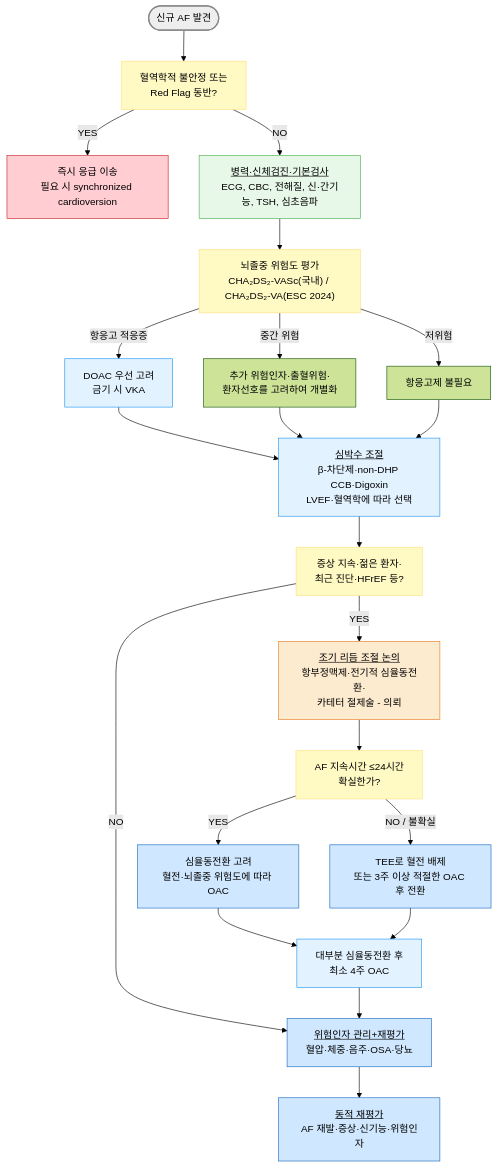
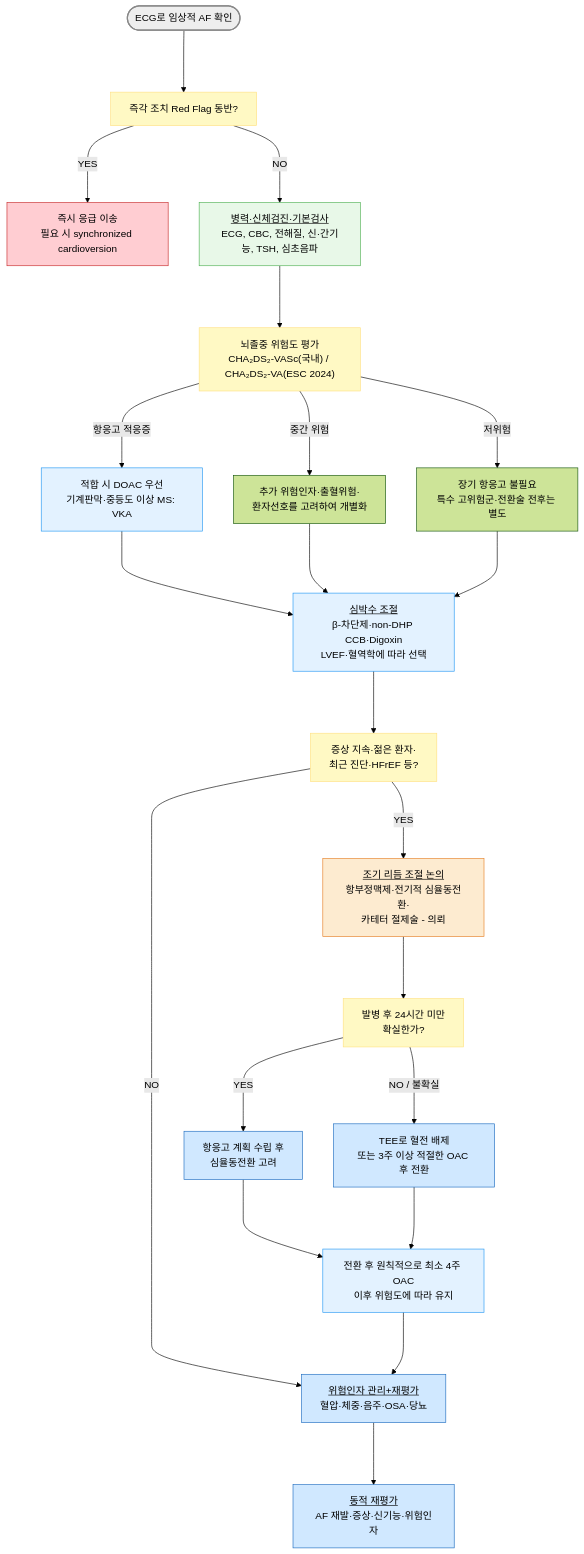
Before and after one commit to familyoh77/familyoh77: the diagram in 225_/099_1-atrial-fibrillation.md, drawn with Mermaid (forest theme). The commit also changed other lines of this file and 3 other files, not shown here.

````diff
--- a/225_/099_1-atrial-fibrillation.md
+++ b/225_/099_1-atrial-fibrillation.md
@@ -98,35 +103,35 @@
 ```mermaid
 graph TD
-    Start(["신규 AF 발견"]) --> Unstable["혈역학적 불안정 또는<br/>Red Flag 동반?"]
-    Unstable -->|YES| Emergency["즉시 응급 이송<br/>필요 시 synchronized cardioversion"]
-    Unstable -->|NO| Workup["<u>병력·신체검진·기본검사</u><br/>ECG, CBC, 전해질, 신·간기능, TSH, 심초음파"]
-    Workup --> Score["뇌졸중 위험도 평가<br/>CHA₂DS₂-VASc(국내) / CHA₂DS₂-VA(ESC 2024)"]
-    Score -->|"저위험"| NoOAC["항응고제 불필요"]
-    Score -->|"항응고 적응증"| OAC["DOAC 우선 고려<br/>금기 시 VKA"]
-    Score -->|"중간 위험"| Consider["추가 위험인자·출혈위험·<br/>환자선호를 고려하여 개별화"]
-    OAC --> Rate["<u>심박수 조절</u><br/>β-차단제·non-DHP CCB·Digoxin<br/>LVEF·혈역학에 따라 선택"]
-    Consider --> Rate
-    NoOAC --> Rate
-    Rate --> RhythmQ["증상 지속·젊은 환자·<br/>최근 진단·HFrEF 등?"]
-    RhythmQ -->|YES| Rhythm["<u>조기 리듬 조절 논의</u><br/>항부정맥제·전기적 심율동전환·<br/>카테터 절제술 - 의뢰"]
-    RhythmQ -->|NO| Followup["<u>위험인자 관리+재평가</u><br/>혈압·체중·음주·OSA·당뇨"]
-    Rhythm --> Duration["AF 지속시간 ≤24시간<br/>확실한가?"]
-    Duration -->|YES| Cardiovert["심율동전환 고려<br/>혈전·뇌졸중 위험도에 따라 OAC"]
-    Duration -->|"NO / 불확실"| TEE["TEE로 혈전 배제<br/>또는 3주 이상 적절한 OAC 후 전환"]
-    Cardiovert --> PostCV["대부분 심율동전환 후<br/>최소 4주 OAC"]
-    TEE --> PostCV
-    PostCV --> Followup
-    Followup --> Reassess["<u>동적 재평가</u><br/>AF 재발·증상·신기능·위험인자"]
+    Start(["ECG로 임상적 AF 확인"]) ---> Unstable["즉각 조치 Red Flag 동반?"]
+    Unstable --->|YES| Emergency["즉시 응급 이송<br/>필요 시 synchronized cardioversion"]
+    Unstable --->|NO| Workup["<u>병력·신체검진·기본검사</u><br/>ECG, CBC, 전해질, 신·간기능, TSH, 심초음파"]
+    Workup ---> Score["뇌졸중 위험도 평가<br/>CHA₂DS₂-VASc(국내) / CHA₂DS₂-VA(ESC 2024)"]
+    Score --->|"저위험"| NoOAC["장기 항응고 불필요<br/>특수 고위험군·전환술 전후는 별도"]
+    Score --->|"항응고 적응증"| OAC["적합 시 DOAC 우선<br/>기계판막·중등도 이상 MS: VKA"]
+    Score --->|"중간 위험"| Consider["추가 위험인자·출혈위험·<br/>환자선호를 고려하여 개별화"]
+    OAC ---> Rate["<u>심박수 조절</u><br/>β-차단제·non-DHP CCB·Digoxin<br/>LVEF·혈역학에 따라 선택"]
+    Consider ---> Rate
+    NoOAC ---> Rate
+    Rate ---> RhythmQ["증상 지속·젊은 환자·<br/>최근 진단·HFrEF 등?"]
+    RhythmQ --->|YES| Rhythm["<u>조기 리듬 조절 논의</u><br/>항부정맥제·전기적 심율동전환·<br/>카테터 절제술 - 의뢰"]
+    RhythmQ --->|NO| Followup["<u>위험인자 관리+재평가</u><br/>혈압·체중·음주·OSA·당뇨"]
+    Rhythm ---> Duration["발병 후 24시간 미만<br/>확실한가?"]
+    Duration --->|YES| Cardiovert["항응고 계획 수립 후<br/>심율동전환 고려"]
+    Duration --->|"NO / 불확실"| TEE["TEE로 혈전 배제<br/>또는 3주 이상 적절한 OAC 후 전환"]
+    Cardiovert ---> PostCV["전환 후 원칙적으로 최소 4주 OAC<br/>이후 위험도에 따라 유지"]
+    TEE ---> PostCV
+    PostCV ---> Followup
+    Followup ---> Reassess["<u>동적 재평가</u><br/>AF 재발·증상·신기능·위험인자"]
 
 style Start fill:#eeeeee,stroke:#888888,stroke-width:2px
 style Emergency fill:#ffcdd2,stroke:#c62828
 style Rhythm fill:#fdebd0,stroke:#e67e22
 classDef yellow fill:#fff9c4,stroke:#ffe082
 class Unstable,Score,RhythmQ,Duration yellow
 classDef lightGreen fill:#e8f8e8,stroke:#4caf50
 class Workup lightGreen
 classDef sky fill:#e3f2ff,stroke:#2196f3
 class OAC,Rate,PostCV sky
 classDef blue fill:#d0e8ff,stroke:#1a6abf
 class Followup,Cardiovert,TEE,Reassess blue
 ```
````
